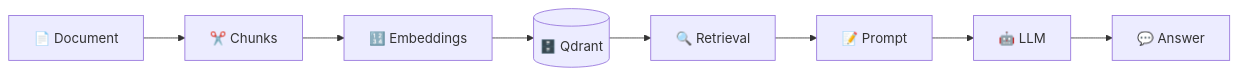
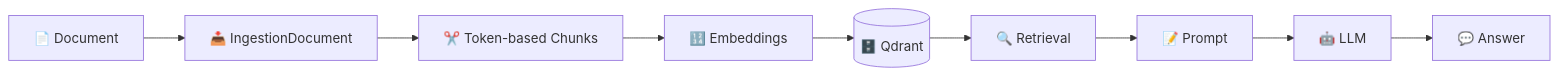
One commit to ottorinobruni/LocalRagDemo changed the diagram in README.md. Above: the diagram before and after it, drawn with Mermaid. The commit also changed other lines of this file and 1 other file, not shown here.

Commit message:
add DataIngestion and token-based chunking

````diff
--- a/README.md
+++ b/README.md
@@ -25,10 +26,11 @@
 ```mermaid
 flowchart LR
-    A[📄 Document] --> B[✂️ Chunks]
-    B --> C[🔢 Embeddings]
-    C --> D[(🗄️ Qdrant)]
-    D --> E[🔍 Retrieval]
-    E --> F[📝 Prompt]
-    F --> G[🤖 LLM]
-    G --> H[💬 Answer]
+    A[📄 Document] --> B[📥 IngestionDocument]
+    B --> C[✂️ Token-based Chunks]
+    C --> D[🔢 Embeddings]
+    D --> E[(🗄️ Qdrant)]
+    E --> F[🔍 Retrieval]
+    F --> G[📝 Prompt]
+    G --> H[🤖 LLM]
+    H --> I[💬 Answer]
 ```
````
